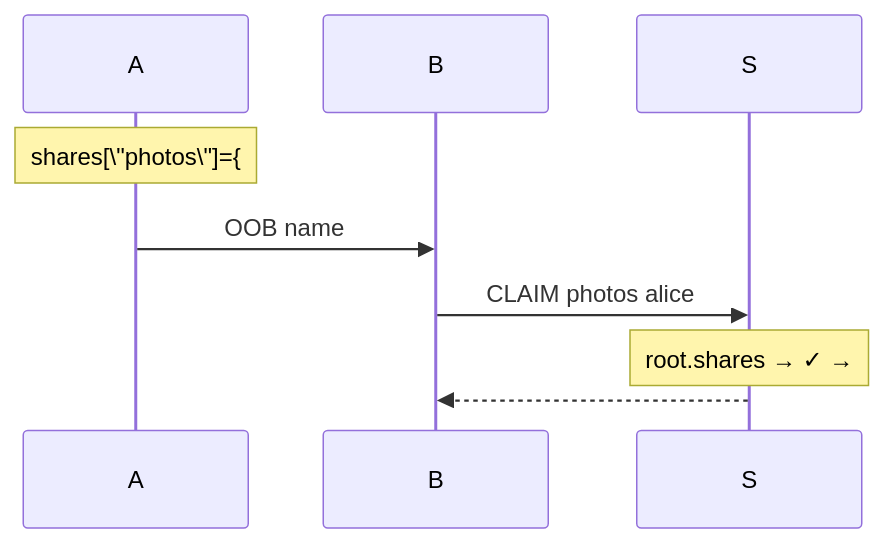
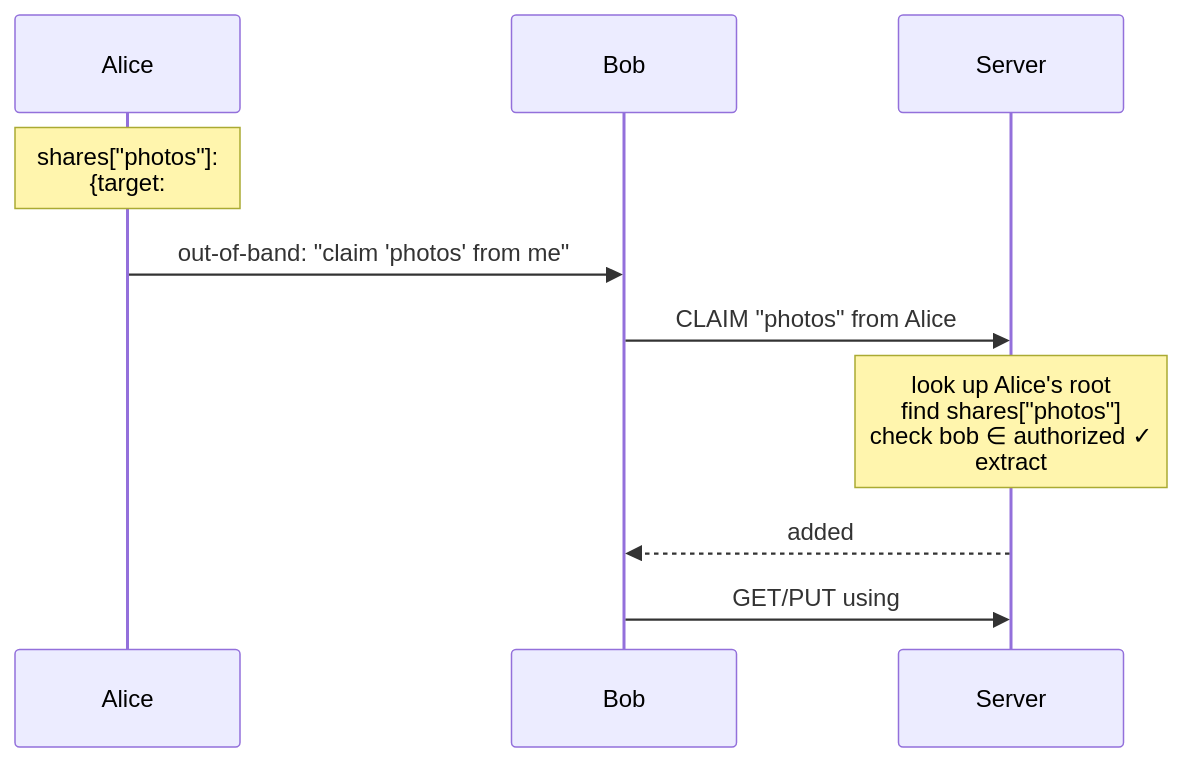
The first of 3 diagrams in docs/book/05-sharing/chapter.md (jclaggett/dacite), drawn with Mermaid before and after one commit. The commit also changed other lines of this file and 1 other file, not shown here.

First line of the commit message:
Restore full mermaid diagrams in chapters 4 and 5

````diff
--- a/docs/book/05-sharing/chapter.md
+++ b/docs/book/05-sharing/chapter.md
@@ -31,8 +31,14 @@
 ```mermaid
 sequenceDiagram
-    Note over A: shares[\"photos\"]={#T, #{bob}}
-    A->>B: OOB name
-    B->>S: CLAIM photos alice
-    Note over S: root.shares → ✓ → #T
-    S-->>B: #T root
+    participant A as Alice
+    participant B as Bob
+    participant S as Server
+
+    Note over A: shares["photos"]:<br/>{target: #T, authorized: #{bob}}
+
+    A->>B: out-of-band: "claim 'photos' from me"
+    B->>S: CLAIM "photos" from Alice
+    Note over S: look up Alice's root<br/>find shares["photos"]<br/>check bob ∈ authorized ✓<br/>extract #T
+    S-->>B: added #T to valid roots
+    B->>S: GET/PUT using #T as proof root
 ```
````
